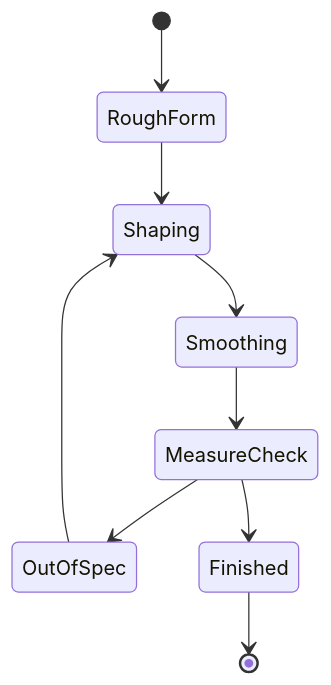
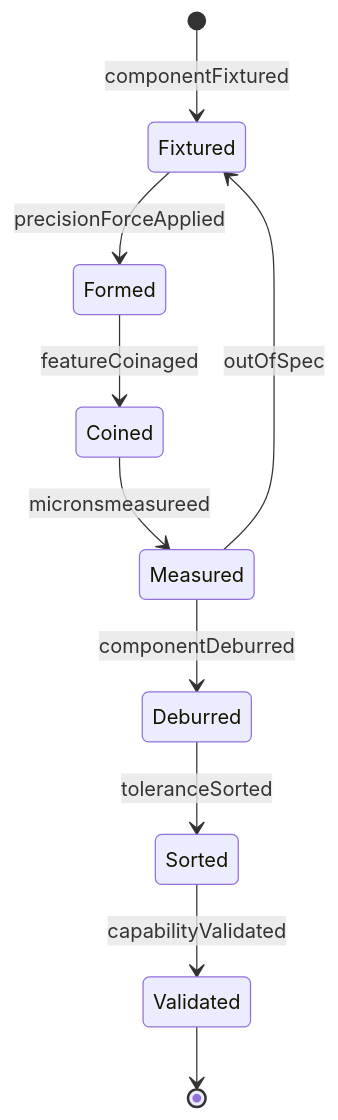
The second of 4 diagrams in HandlingAndMovingObjects/ShapeMaterialsToCreateProducts/ReshapeSmallMetalComponentsPrecision.mdx (dot-org-ai/tasks.org.ai), drawn with Mermaid before and after one commit. The commit also changed other lines of this file and 515 other files, not shown here.

````diff
--- a/HandlingAndMovingObjects/ShapeMaterialsToCreateProducts/ReshapeSmallMetalComponentsPrecision.mdx
+++ b/HandlingAndMovingObjects/ShapeMaterialsToCreateProducts/ReshapeSmallMetalComponentsPrecision.mdx
@@ -99,11 +99,12 @@
 ```mermaid
 stateDiagram-v2
-    [*] --> RoughForm
-    RoughForm --> Shaping
-    Shaping --> Smoothing
-    Smoothing --> MeasureCheck
-    MeasureCheck --> OutOfSpec
-    OutOfSpec --> Shaping
-    MeasureCheck --> Finished
-    Finished --> [*]
+    [*] --> Fixtured : componentFixtured
+    Fixtured --> Formed : precisionForceApplied
+    Formed --> Coined : featureCoinaged
+    Coined --> Measured : micronsmeasureed
+    Measured --> Deburred : componentDeburred
+    Deburred --> Sorted : toleranceSorted
+    Sorted --> Validated : capabilityValidated
+    Measured --> Fixtured : outOfSpec
+    Validated --> [*]
 ```
````
